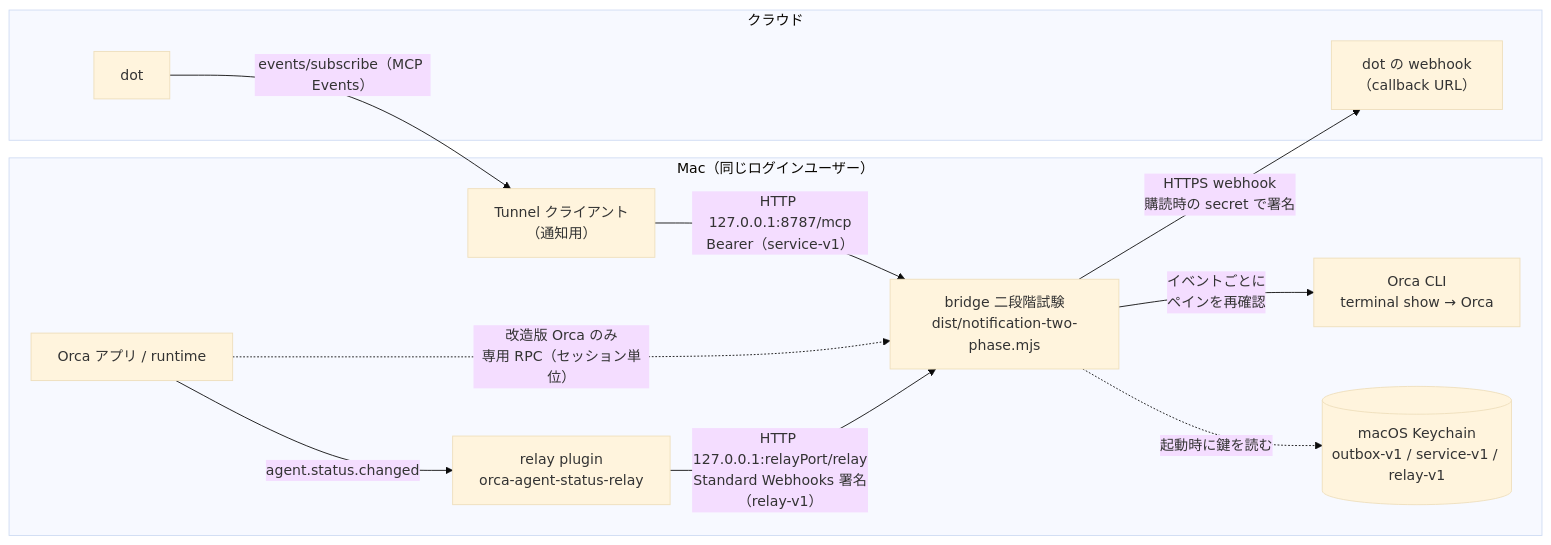
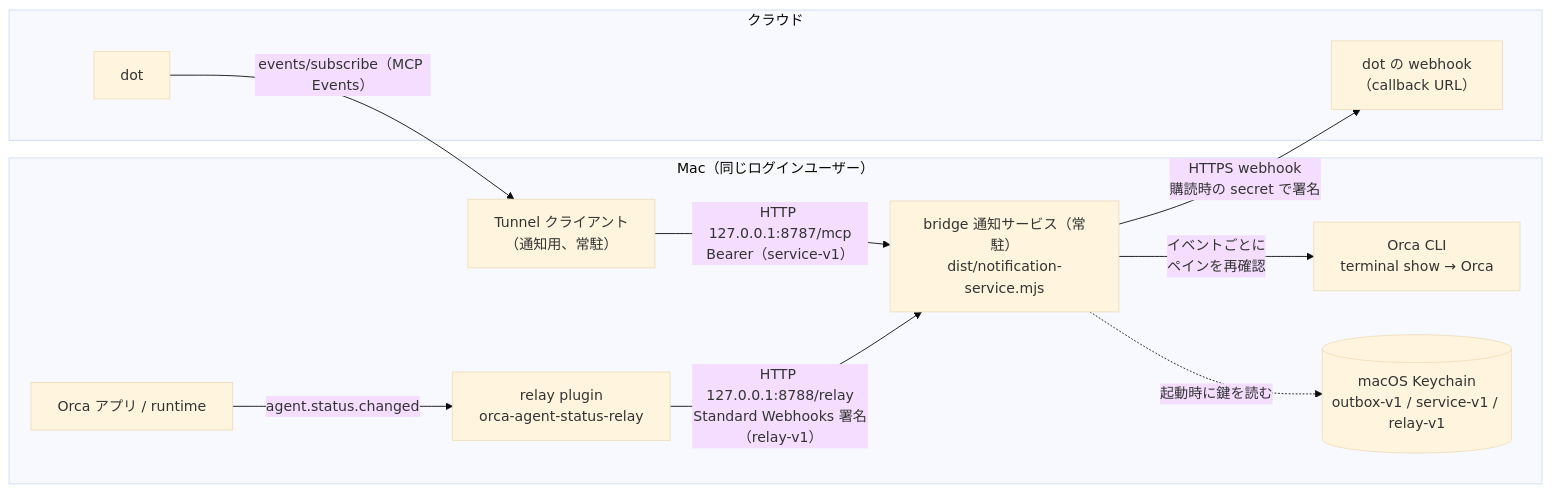
One commit to andoshin11/orca-dots-bridge changed the second of 2 diagrams in docs/architecture.md. Above: the diagram before and after it, drawn with Mermaid (base theme). The commit also changed other lines of this file and 44 other files, not shown here.

First line of the commit message:
Remove the notification trial entries and record the dot results

````diff
--- a/docs/architecture.md
+++ b/docs/architecture.md
@@ -36,23 +36,22 @@
 ```mermaid
 flowchart LR
   subgraph mac["Mac（同じログインユーザー）"]
     orca["Orca アプリ / runtime"]
     relay["relay plugin<br/>orca-agent-status-relay"]
-    tunnel["Tunnel クライアント<br/>（通知用）"]
-    trial["bridge 二段階試験<br/>dist/notification-two-phase.mjs"]
+    tunnel["Tunnel クライアント<br/>（通知用、常駐）"]
+    service["bridge 通知サービス（常駐）<br/>dist/notification-service.mjs"]
     orcacli["Orca CLI<br/>terminal show → Orca"]
     kc[("macOS Keychain<br/>outbox-v1 / service-v1 / relay-v1")]
   end
   subgraph cloud["クラウド"]
     dot["dot"]
     hook["dot の webhook<br/>（callback URL）"]
   end
   orca -- "agent.status.changed" --> relay
-  relay -- "HTTP 127.0.0.1:relayPort/relay<br/>Standard Webhooks 署名（relay-v1）" --> trial
-  orca -. "改造版 Orca のみ<br/>専用 RPC（セッション単位）" .-> trial
+  relay -- "HTTP 127.0.0.1:8788/relay<br/>Standard Webhooks 署名（relay-v1）" --> service
   dot -- "events/subscribe（MCP Events）" --> tunnel
-  tunnel -- "HTTP 127.0.0.1:8787/mcp<br/>Bearer（service-v1）" --> trial
-  trial -- "イベントごとに<br/>ペインを再確認" --> orcacli
-  trial -. "起動時に鍵を読む" .-> kc
-  trial -- "HTTPS webhook<br/>購読時の secret で署名" --> hook
+  tunnel -- "HTTP 127.0.0.1:8787/mcp<br/>Bearer（service-v1）" --> service
+  service -- "イベントごとに<br/>ペインを再確認" --> orcacli
+  service -. "起動時に鍵を読む" .-> kc
+  service -- "HTTPS webhook<br/>購読時の secret で署名" --> hook
 ```
````
